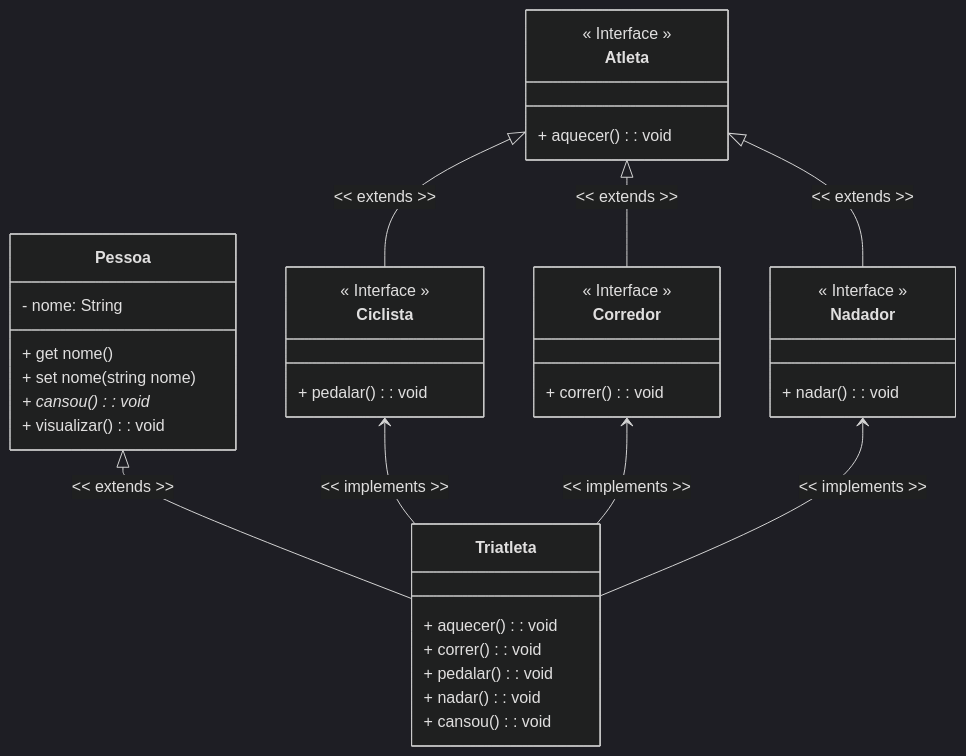
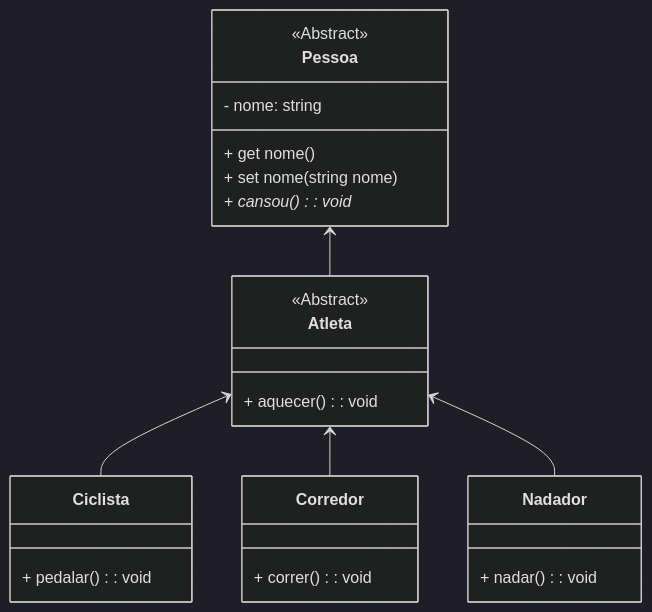
One commit to conteudoGeneration/cookbook_javascript changed the diagram in 01_javascript/17.md. Above: the diagram before and after it, drawn with Mermaid (dark theme). The commit also changed other lines of this file and 19 other files, not shown here.

````diff
--- a/01_javascript/17.md
+++ b/01_javascript/17.md
@@ -90,40 +85,27 @@
 ```mermaid
 classDiagram
 class Pessoa {
-- nome: String
+<<Abstract>>
+- nome: string
 + get nome()
 + set nome(string nome)
 + cansou(): void*
-+ visualizar(): void
-}
-class Triatleta {
-+ aquecer(): void
-+ correr(): void
-+ pedalar(): void
-+ nadar(): void
-+ cansou(): void
 }
 class Atleta {
-<< Interface >>
+<<Abstract>>
 + aquecer(): void
 }
 class Ciclista {
-<< Interface >>
 + pedalar(): void
 }
 class Corredor {
-<< Interface >>
 + correr(): void
 }
 class Nadador {
-<< Interface >>
 + nadar(): void
 }
-Pessoa <|-- Triatleta: << extends >>
-Atleta <|-- Ciclista: << extends >>
-Atleta <|-- Corredor: << extends >>
-Atleta <|-- Nadador: << extends >>
-Ciclista <-- Triatleta: << implements >>
-Corredor <-- Triatleta: << implements >>
-Nadador <-- Triatleta: << implements >>
+Pessoa <-- Atleta
+Atleta <-- Ciclista
+Atleta <-- Corredor
+Atleta <-- Nadador
 ```
````
